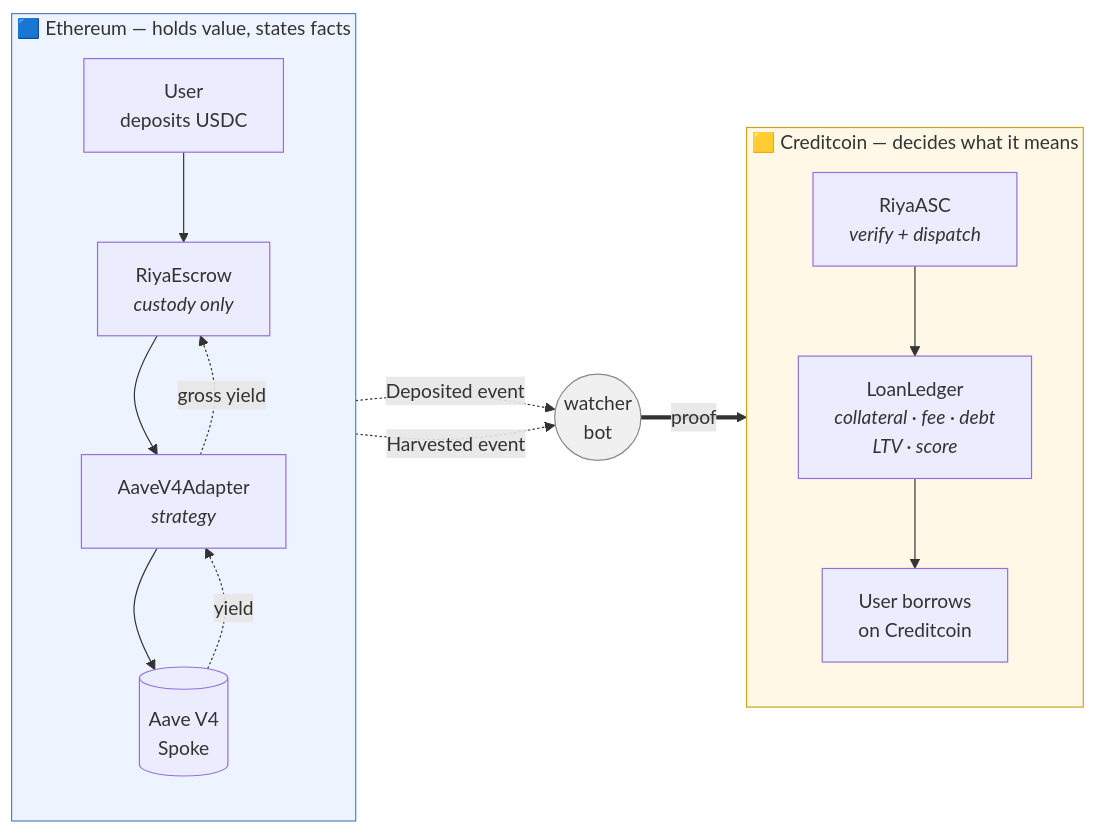
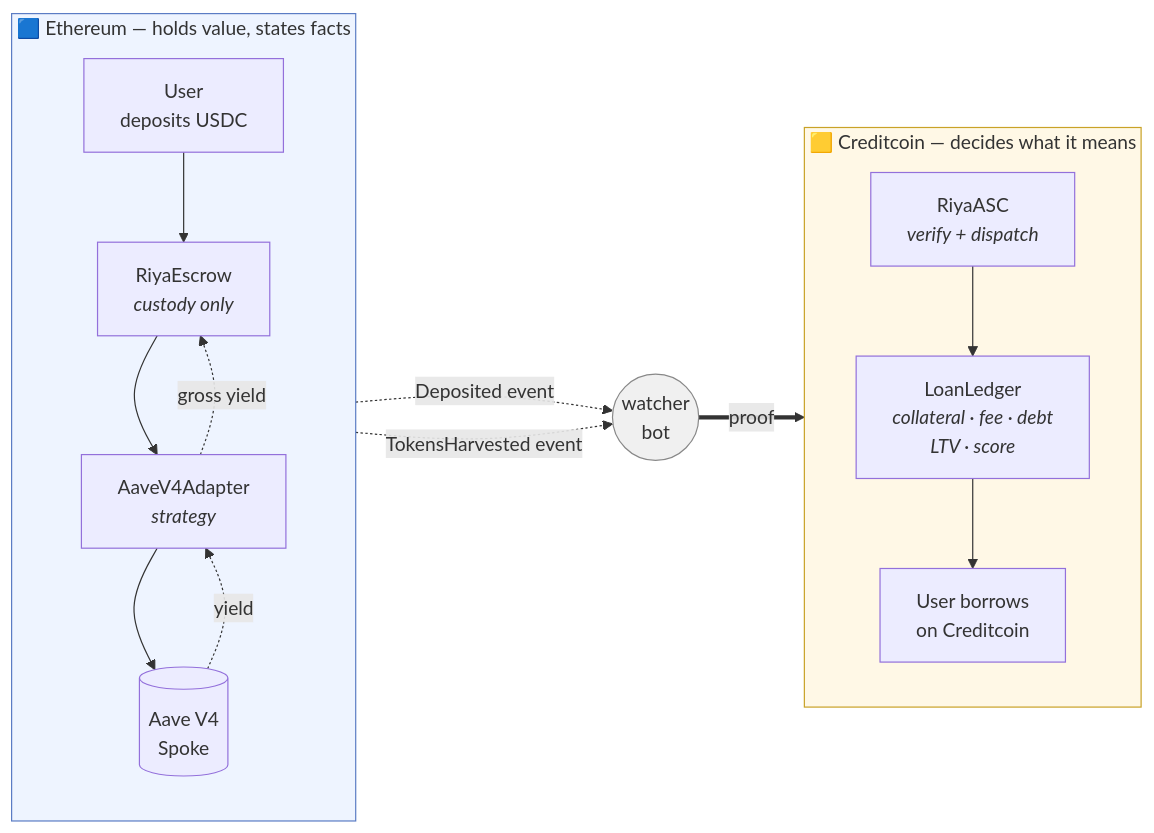
One commit to Kelechikizito/riya changed the first of 6 diagrams in build-plan.md. Above: the diagram before and after it, drawn with Mermaid. The commit also changed other lines of this file and 2 other files, not shown here.

First line of the commit message:
docs: correct the indexed-event guidance and pin the adapter event names

````diff
--- a/build-plan.md
+++ b/build-plan.md
@@ -36,25 +36,25 @@
 ```mermaid
 flowchart LR
     subgraph ETH["🟦 Ethereum — holds value, states facts"]
         direction TB
         U["User<br/>deposits USDC"] --> E["RiyaEscrow<br/><i>custody only</i>"]
         E --> A["AaveV4Adapter<br/><i>strategy</i>"]
         A --> AAVE[("Aave V4<br/>Spoke")]
         AAVE -.->|yield| A
         A -.->|"gross yield"| E
     end
 
     subgraph CC["🟨 Creditcoin — decides what it means"]
         direction TB
         ASC["RiyaASC<br/><i>verify + dispatch</i>"] --> L["LoanLedger<br/><i>collateral · fee · debt<br/>LTV · score</i>"]
         L --> B["User borrows<br/>on Creditcoin"]
     end
 
     E -.->|"Deposited event"| W(("watcher<br/>bot"))
-    A -.->|"Harvested event"| W
+    A -.->|"TokensHarvested event"| W
     W ==>|"proof"| ASC
 
     style ETH fill:#eef4ff,stroke:#5b7cc4
     style CC fill:#fff8e6,stroke:#c9a227
     style W fill:#f0f0f0,stroke:#888
 ```
````
